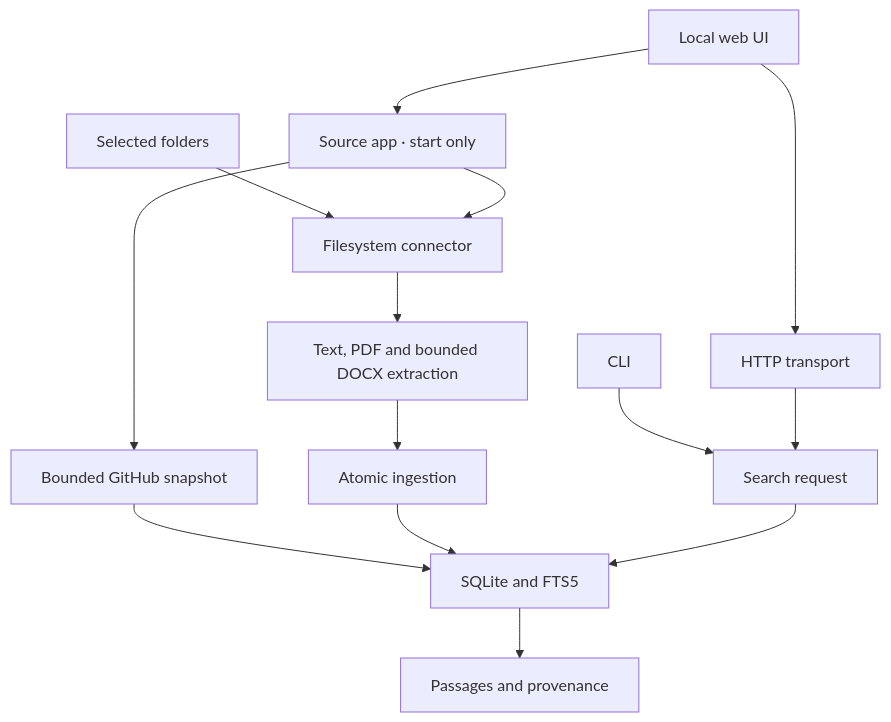
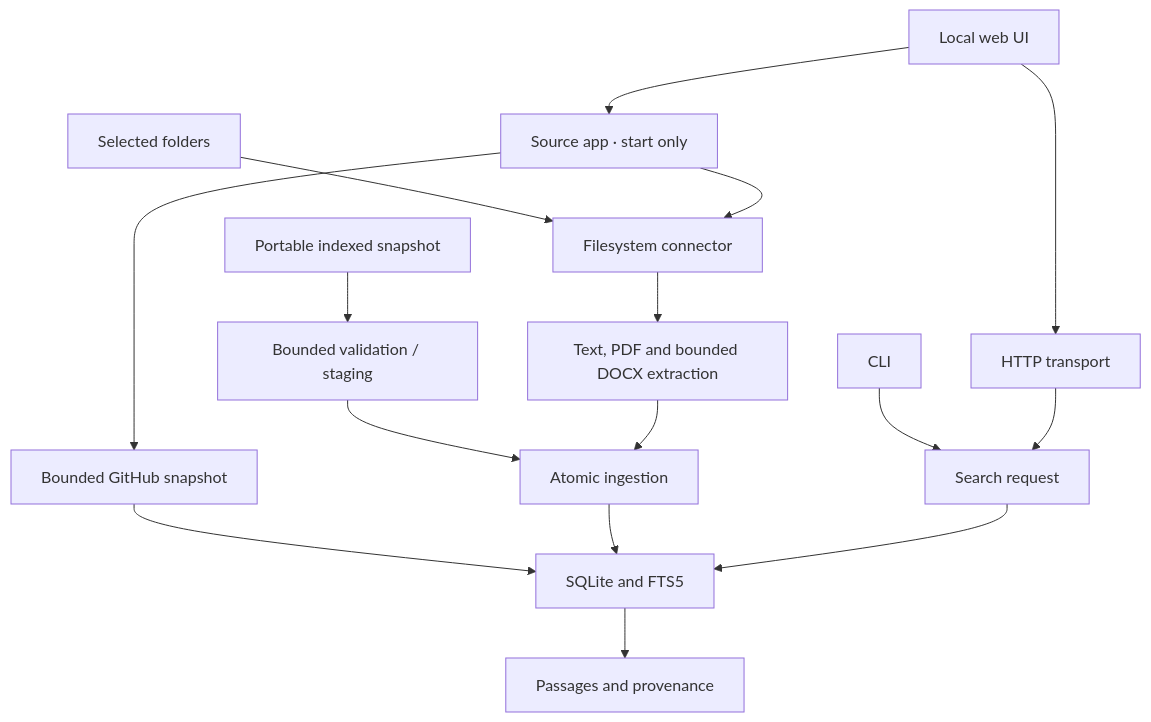
One commit to Lephiziel/findrail changed the diagram in docs/architecture.md. Above: the diagram before and after it, drawn with Mermaid. The commit also changed other lines of this file and 26 other files, not shown here.

Commit message:
Complete portable snapshot export and atomic import

````diff
--- a/docs/architecture.md
+++ b/docs/architecture.md
@@ -9,16 +9,18 @@
 ```mermaid
 flowchart TD
   F["Selected folders"] --> C["Filesystem connector"]
   UI["Local web UI"] --> APP["Source app · start only"]
   APP --> C
   APP --> GH["Bounded GitHub snapshot"]
   GH --> D["SQLite and FTS5"]
+  ARCH["Portable indexed snapshot"] --> PREP["Bounded validation / staging"]
+  PREP --> I
   C --> E["Text, PDF and bounded DOCX extraction"]
   E --> I["Atomic ingestion"]
   I --> D["SQLite and FTS5"]
   CLI["CLI"] --> Q["Search request"]
   UI["Local web UI"] --> H["HTTP transport"]
   H --> Q
   Q --> D
   D --> R["Passages and provenance"]
 ```
````
